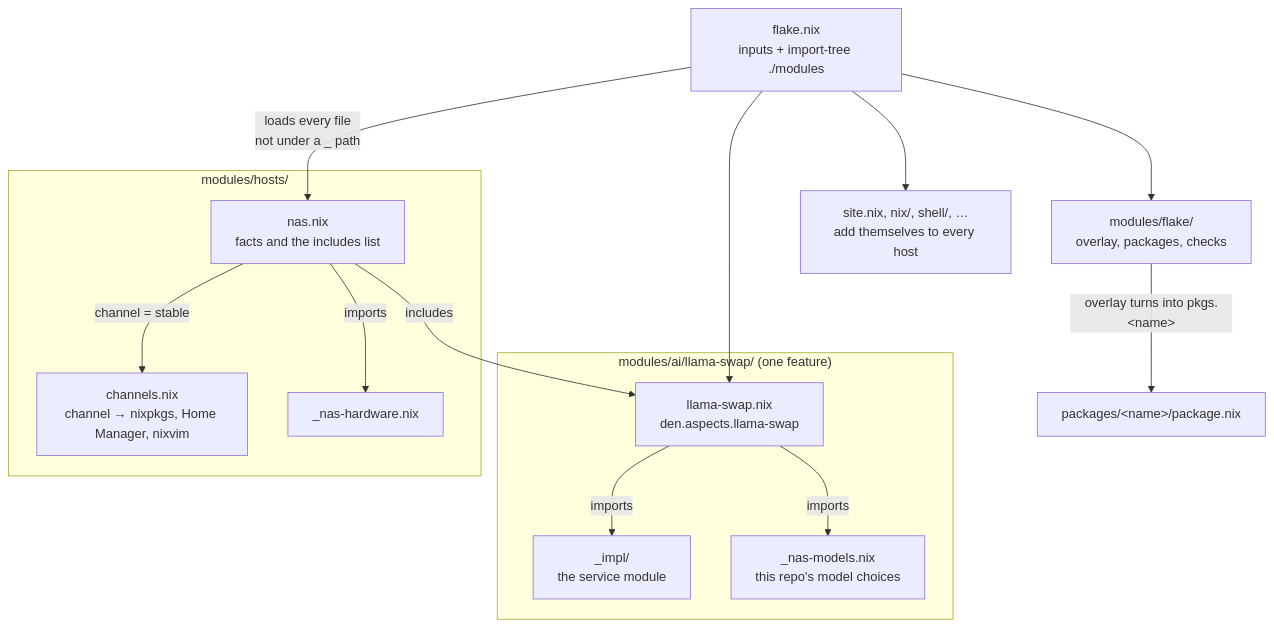
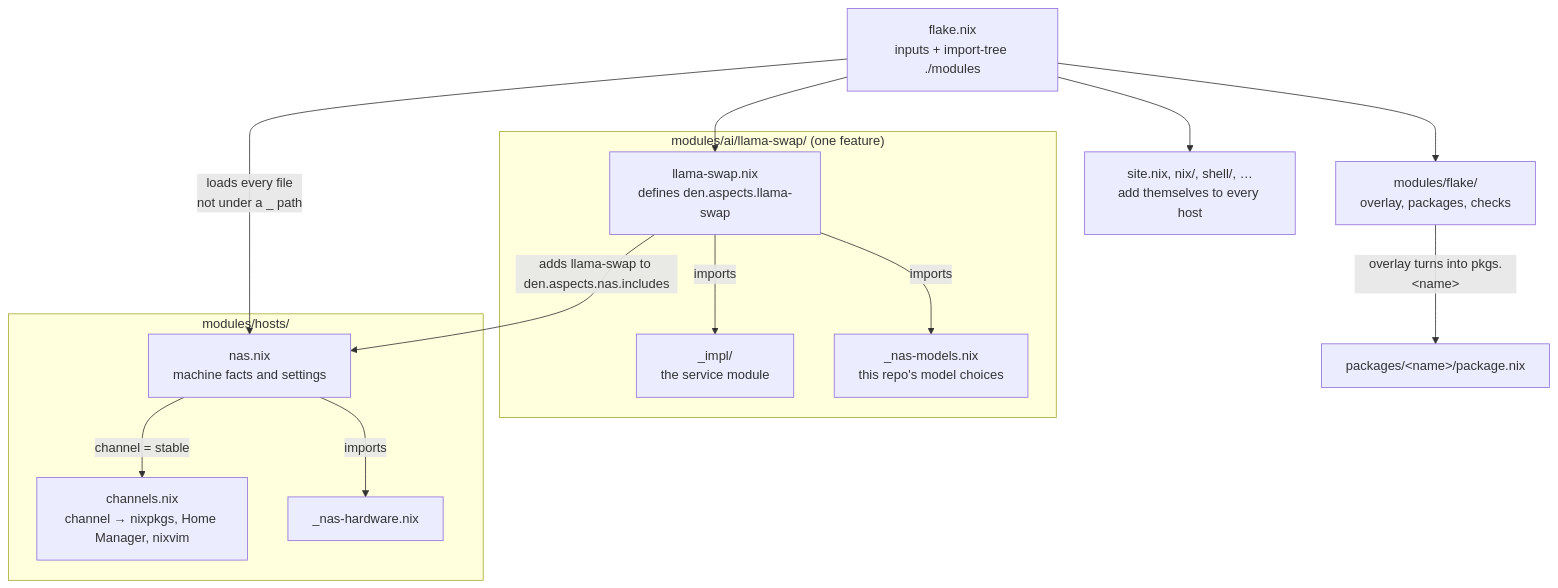
One commit to Cody-W-Tucker/nix-config changed the diagram in docs/src/den-native-layout.md. Above: the diagram before and after it, drawn with Mermaid. The commit also changed other lines of this file and 59 other files, not shown here.

````diff
--- a/docs/src/den-native-layout.md
+++ b/docs/src/den-native-layout.md
@@ -36,28 +36,28 @@
 ```mermaid
 flowchart TD
     flake["flake.nix<br/>inputs + import-tree ./modules"]
 
     subgraph hosts["modules/hosts/"]
-        nas["nas.nix<br/>facts and the includes list"]
+        nas["nas.nix<br/>machine facts and settings"]
         channels["channels.nix<br/>channel → nixpkgs, Home Manager, nixvim"]
         hw["_nas-hardware.nix"]
     end
 
     subgraph feature["modules/ai/llama-swap/ (one feature)"]
-        aspect["llama-swap.nix<br/>den.aspects.llama-swap"]
+        aspect["llama-swap.nix<br/>defines den.aspects.llama-swap"]
         impl["_impl/<br/>the service module"]
         models["_nas-models.nix<br/>this repo's model choices"]
     end
 
     shared["site.nix, nix/, shell/, …<br/>add themselves to every host"]
     out["modules/flake/<br/>overlay, packages, checks"]
     pkgs["packages/&lt;name&gt;/package.nix"]
 
     flake -- "loads every file<br/>not under a _ path" --> nas
     flake --> aspect & shared & out
     nas -- "channel = stable" --> channels
     nas -- "imports" --> hw
-    nas -- "includes" --> aspect
+    aspect -- "adds llama-swap to den.aspects.nas.includes" --> nas
     aspect -- "imports" --> impl & models
     out -- "overlay turns into pkgs.&lt;name&gt;" --> pkgs
 ```
````
